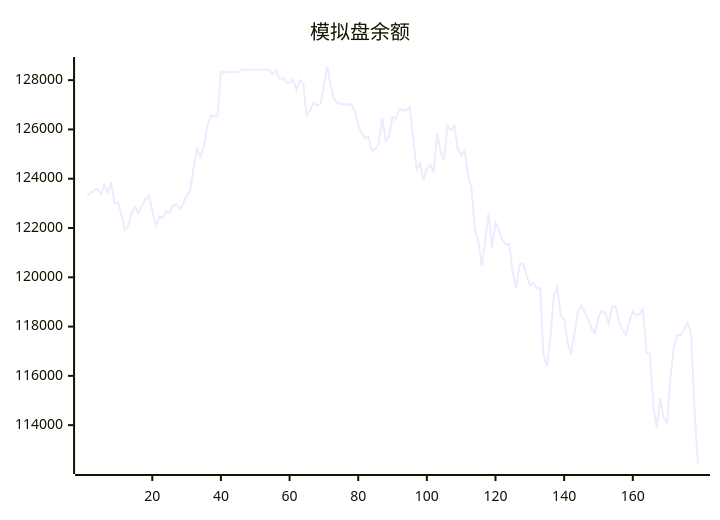
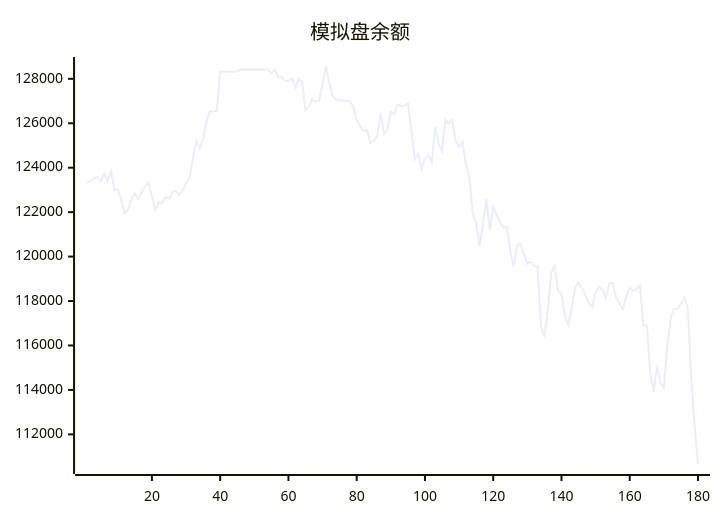
One commit to aahl/ai-trading changed the diagram in README.md. Above: the diagram before and after it, drawn with Mermaid. The commit also changed other lines of this file and 1 other file, not shown here.

````diff
--- a/README.md
+++ b/README.md
@@ -5,5 +5,5 @@
 ```mermaid
 xychart
     title "模拟盘余额"
-    line [123338,123402,123530,123592,123378,123745,123413,123853,123009,123040,122557,121938,122095,122599,122856,122597,122898,123160,123319,122719,122087,122454,122416,122685,122592,122907,122961,122776,122981,123295,123507,124403,125224,124894,125303,126088,126544,126534,126549,128335,128318,128318,128318,128318,128318,128424,128424,128424,128424,128424,128424,128424,128424,128424,128247,128412,128062,128087,127917,127901,128026,127611,128000,127850,126572,126770,127100,126971,127029,127783,128554,127765,127224,127064,127044,127009,127025,127004,126738,126152,125871,125635,125707,125117,125217,125420,126480,125545,125715,126511,126424,126856,126764,126788,126890,125710,124381,124632,123936,124402,124574,124256,125833,125070,124739,126154,125966,126145,125213,124943,125143,124157,123604,121959,121476,120476,121470,122610,121201,122221,121889,121522,121332,121344,120232,119559,120513,120577,120108,119680,119777,119572,119568,116839,116392,117573,119250,119585,118469,118277,117338,116897,117706,118628,118849,118579,118280,117926,117735,118373,118639,118544,118136,118798,118819,118162,117874,117649,118215,118601,118463,118517,118713,116911,116899,114798,113887,115084,114313,114091,115934,117221,117658,117658,117883,118164,117693,114632,112403]
+    line [123338,123402,123530,123592,123378,123745,123413,123853,123009,123040,122557,121938,122095,122599,122856,122597,122898,123160,123319,122719,122087,122454,122416,122685,122592,122907,122961,122776,122981,123295,123507,124403,125224,124894,125303,126088,126544,126534,126549,128335,128318,128318,128318,128318,128318,128424,128424,128424,128424,128424,128424,128424,128424,128424,128247,128412,128062,128087,127917,127901,128026,127611,128000,127850,126572,126770,127100,126971,127029,127783,128554,127765,127224,127064,127044,127009,127025,127004,126738,126152,125871,125635,125707,125117,125217,125420,126480,125545,125715,126511,126424,126856,126764,126788,126890,125710,124381,124632,123936,124402,124574,124256,125833,125070,124739,126154,125966,126145,125213,124943,125143,124157,123604,121959,121476,120476,121470,122610,121201,122221,121889,121522,121332,121344,120232,119559,120513,120577,120108,119680,119777,119572,119568,116839,116392,117573,119250,119585,118469,118277,117338,116897,117706,118628,118849,118579,118280,117926,117735,118373,118639,118544,118136,118798,118819,118162,117874,117649,118215,118601,118463,118517,118713,116911,116899,114798,113887,115084,114313,114091,115934,117221,117658,117658,117883,118164,117693,114632,112403,110644]
 ```
````
